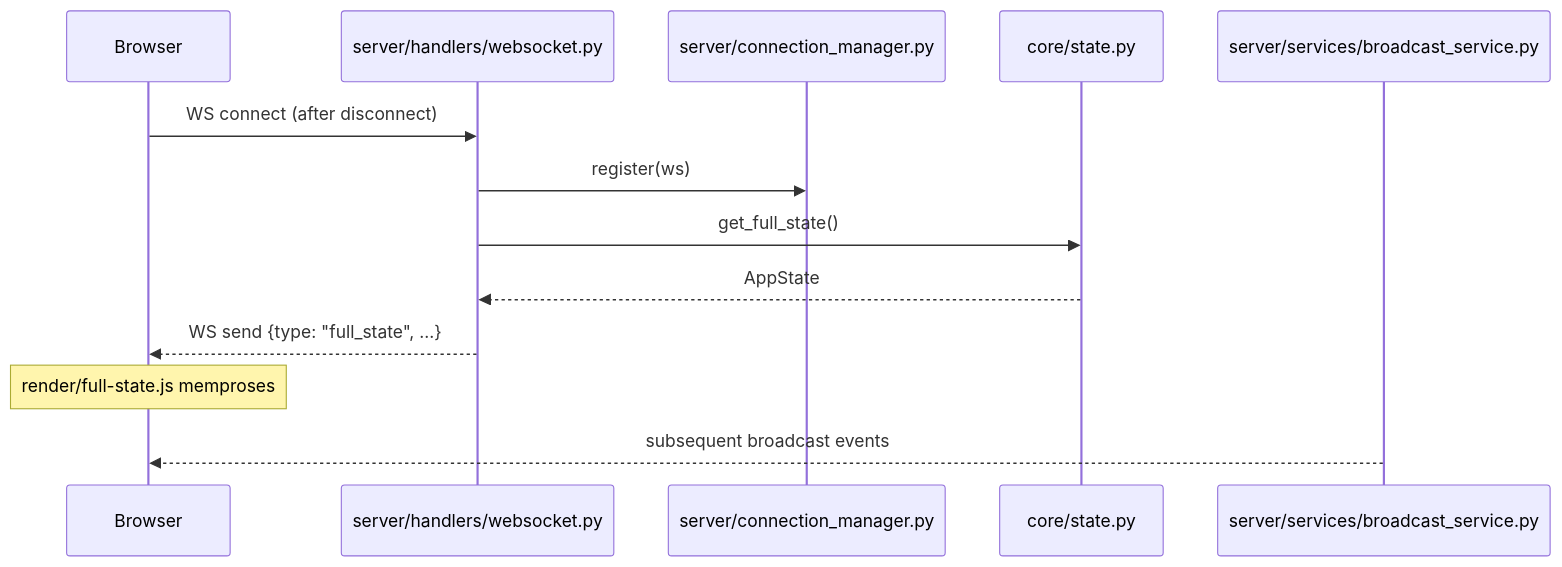
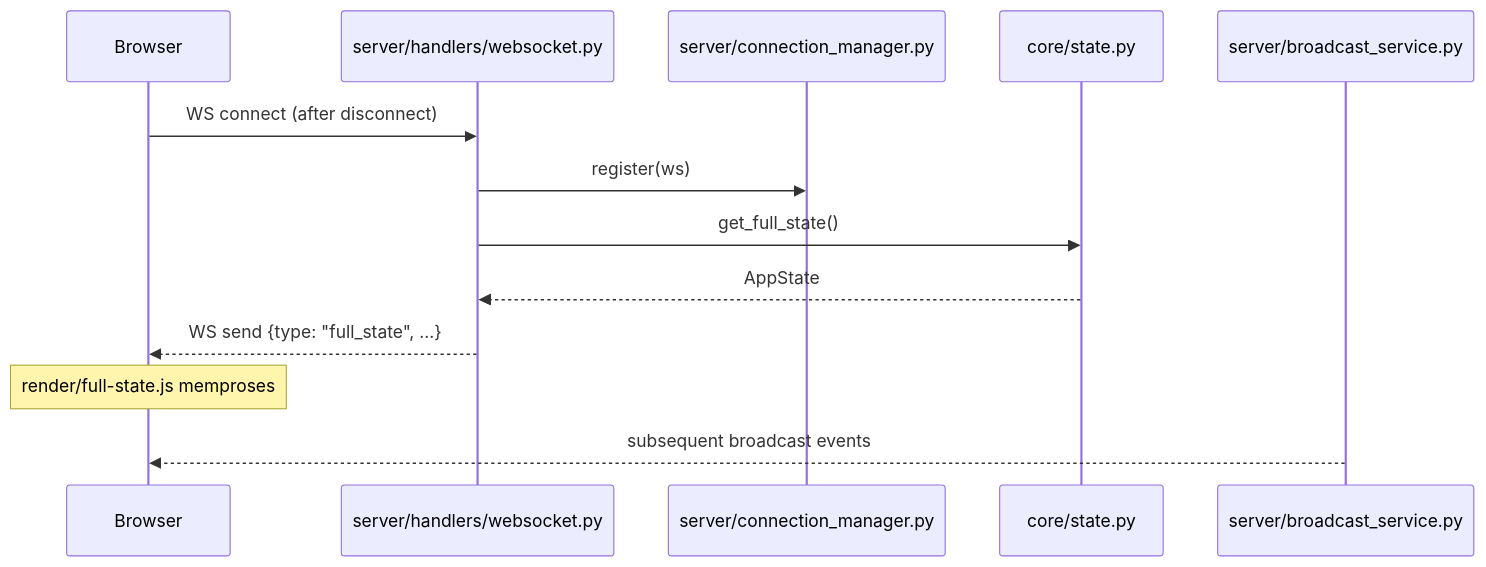
Before and after one commit to monang404/lunawave: the fourth of 4 diagrams in docs/architecture/data_flow.md, drawn with Mermaid. The commit also changed other lines of this file and 137 other files, not shown here.

````diff
--- a/docs/architecture/data_flow.md
+++ b/docs/architecture/data_flow.md
@@ -117,16 +117,16 @@
 ```mermaid
 sequenceDiagram
     participant Browser
     participant WS as server/handlers/websocket.py
     participant CM as server/connection_manager.py
     participant State as core/state.py
-    participant Broadcast as server/services/broadcast_service.py
+    participant Broadcast as server/broadcast_service.py
 
     Browser->>WS: WS connect (after disconnect)
     WS->>CM: register(ws)
     WS->>State: get_full_state()
     State-->>WS: AppState
     WS-->>Browser: WS send {type: "full_state", ...}
     note over Browser: render/full-state.js memproses
     Broadcast-->>Browser: subsequent broadcast events
 ```
````
